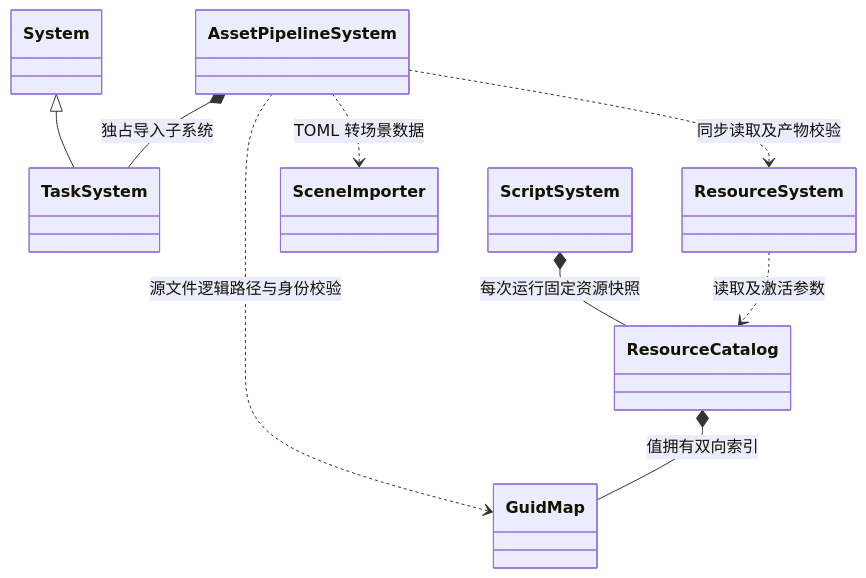
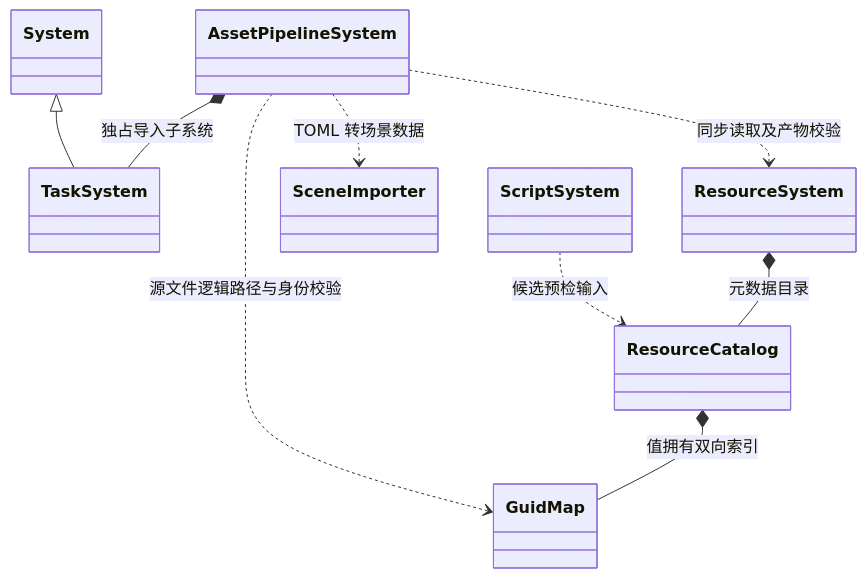
Before and after one commit to lcals/Engine: diagram 19 of 22 in docs/class-diagrams/references.md, drawn with Mermaid. The commit also changed other lines of this file and 96 other files, not shown here.

````diff
--- a/docs/class-diagrams/references.md
+++ b/docs/class-diagrams/references.md
@@ -515,20 +528,20 @@
 ```mermaid
 classDiagram
     direction TB
     class GuidMap
     class ResourceCatalog
     class ResourceSystem
     class AssetPipelineSystem
     class TaskSystem
     class SceneImporter
     class ScriptSystem
     class System
     System <|-- TaskSystem
     AssetPipelineSystem *-- TaskSystem : 独占导入子系统
     AssetPipelineSystem ..> GuidMap : 源文件逻辑路径与身份校验
     AssetPipelineSystem ..> SceneImporter : TOML 转场景数据
     AssetPipelineSystem ..> ResourceSystem : 同步读取及产物校验
     ResourceCatalog *-- GuidMap : 值拥有双向索引
-    ResourceSystem ..> ResourceCatalog : 读取及激活参数
-    ScriptSystem *-- ResourceCatalog : 每次运行固定资源快照
+    ResourceSystem *-- ResourceCatalog : 元数据目录
+    ScriptSystem ..> ResourceCatalog : 候选预检输入
 ```
````
